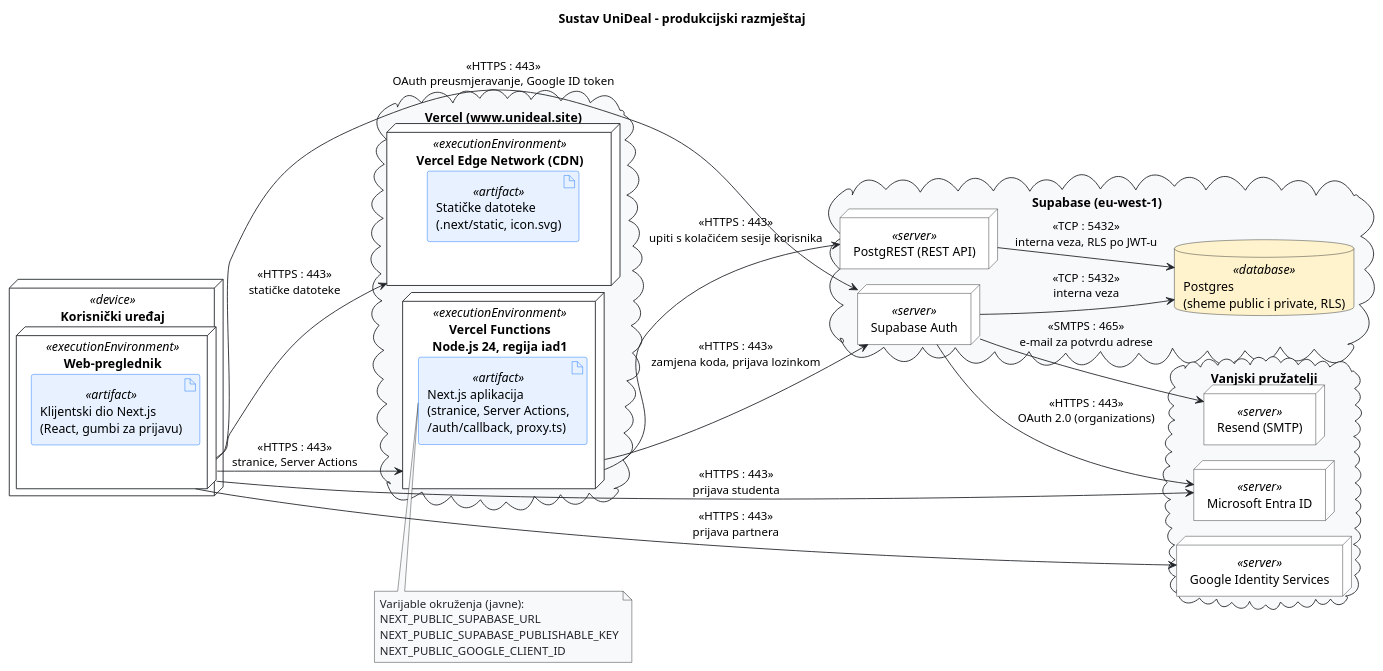
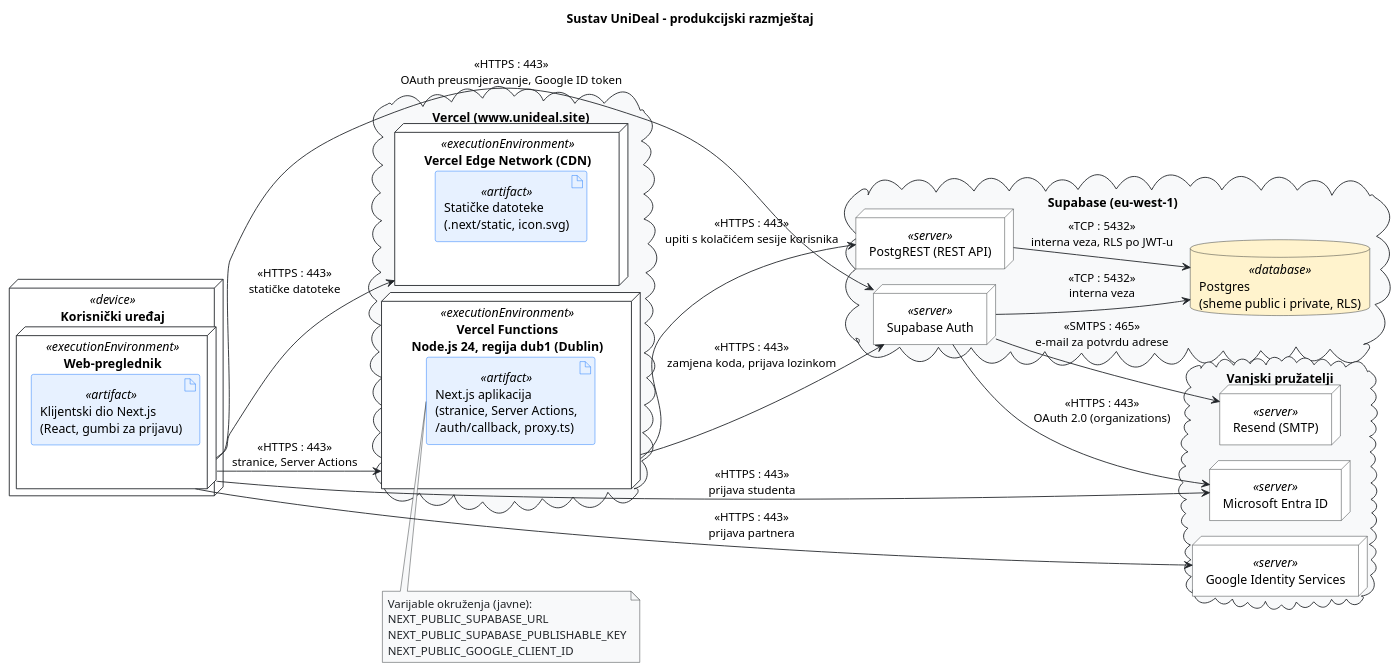
The diagram in docs/puml/6-1-unideal-DD.puml (matejban/UniDeal), drawn with PlantUML before and after one commit. The commit also changed 3 other files, not shown here.

First line of the commit message:
Vercel Functions u regiji dub1 (Dublin), uz Supabase u Irskoj

```diff
--- a/docs/puml/6-1-unideal-DD.puml
+++ b/docs/puml/6-1-unideal-DD.puml
@@ -14,89 +14,89 @@
 @startuml
 !pragma layout smetana
 left to right direction
 title Sustav UniDeal – produkcijski razmještaj\n\n\n
 
 skinparam shadowing false
 skinparam defaultFontName Arial
 skinparam ArrowColor #212529
 
 skinparam node {
     BackgroundColor #FFFFFF
     BorderColor #212529
 }
 
 skinparam cloud {
     BackgroundColor #F8F9FA
     BorderColor #212529
 }
 
 skinparam artifact {
     BackgroundColor #E7F1FF
     BorderColor #0D6EFD
 }
 
 skinparam database {
     BackgroundColor #FFF3CD
     BorderColor #212529
 }
 
 skinparam note {
     BackgroundColor #F8F9FA
     BorderColor #212529
     FontColor #212529
 }
 
 ' ==============================================================================
 ' Čvorovi, okruženja i razmješteni artefakti
 ' ==============================================================================
 
 node "Korisnički uređaj" as Device <<device>> {
   node "Web-preglednik" as Browser <<executionEnvironment>> {
     artifact "Klijentski dio Next.js\n(React, gumbi za prijavu)" as Client <<artifact>>
   }
 }
 
 cloud "Vercel (www.unideal.site)" as Vercel {
   node "Vercel Edge Network (CDN)" as Edge <<executionEnvironment>> {
     artifact "Statičke datoteke\n(.next/static, icon.svg)" as Static <<artifact>>
   }
-  node "Vercel Functions\nNode.js 24, regija iad1" as Functions <<executionEnvironment>> {
+  node "Vercel Functions\nNode.js 24, regija dub1 (Dublin)" as Functions <<executionEnvironment>> {
     artifact "Next.js aplikacija\n(stranice, Server Actions,\n/auth/callback, proxy.ts)" as App <<artifact>>
   }
 }
 
 note bottom of App
   Varijable okruženja (javne):
   NEXT_PUBLIC_SUPABASE_URL
   NEXT_PUBLIC_SUPABASE_PUBLISHABLE_KEY
   NEXT_PUBLIC_GOOGLE_CLIENT_ID
 end note
 
 cloud "Supabase (eu-west-1)" as Supabase {
   node "Supabase Auth" as Auth <<server>>
   node "PostgREST (REST API)" as Rest <<server>>
   database "Postgres\n(sheme public i private, RLS)" as DB <<database>>
 }
 
 cloud "Vanjski pružatelji" as External {
   node "Microsoft Entra ID" as Entra <<server>>
   node "Google Identity Services" as Google <<server>>
   node "Resend (SMTP)" as Resend <<server>>
 }
 
 ' ==============================================================================
 ' Komunikacijski putovi
 ' ==============================================================================
 
 Browser --> Edge : <<HTTPS : 443>>\nstatičke datoteke
 Browser --> Functions : <<HTTPS : 443>>\nstranice, Server Actions
 Functions --> Rest : <<HTTPS : 443>>\nupiti s kolačićem sesije korisnika
 Functions --> Auth : <<HTTPS : 443>>\nzamjena koda, prijava lozinkom
 Browser --> Entra : <<HTTPS : 443>>\nprijava studenta
 Browser --> Auth : <<HTTPS : 443>>\nOAuth preusmjeravanje, Google ID token
 Browser --> Google : <<HTTPS : 443>>\nprijava partnera
 Auth --> Entra : <<HTTPS : 443>>\nOAuth 2.0 (organizations)
 Auth --> DB : <<TCP : 5432>>\ninterna veza
 Rest --> DB : <<TCP : 5432>>\ninterna veza, RLS po JWT-u
 Auth --> Resend : <<SMTPS : 465>>\ne-mail za potvrdu adrese
 @enduml
```
